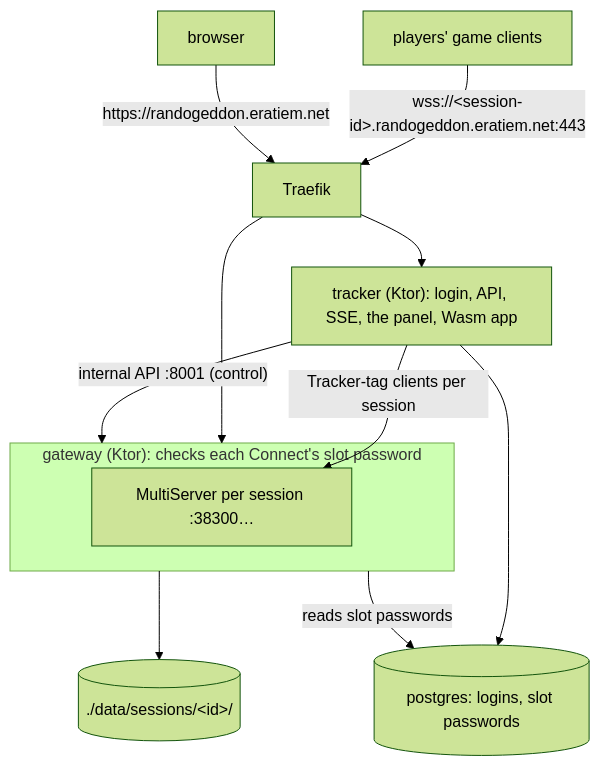
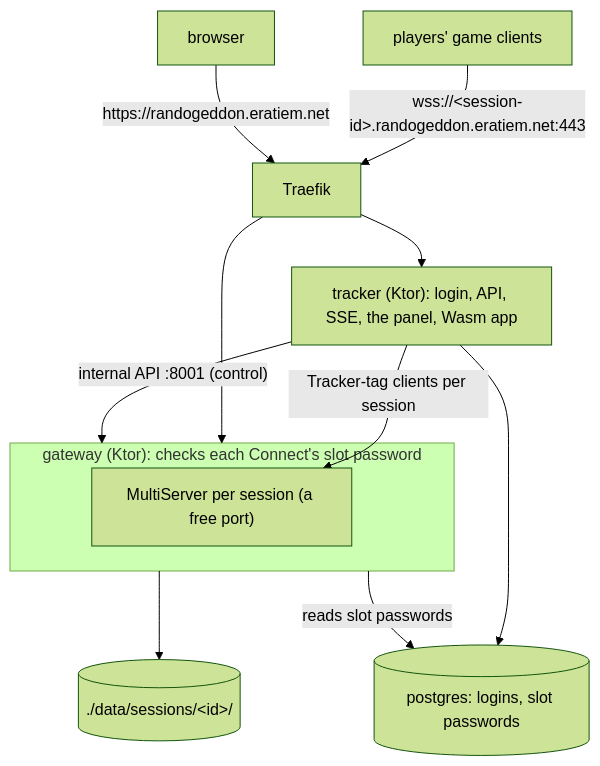
Before and after one commit to EraTiem-Network/Randogeddon: the diagram in README.md, drawn with Mermaid (forest theme). The commit also changed other lines of this file and 2 other files, not shown here.

Commit message:
docs | 0.18.9: game servers without a port pool, their limit, no crash loop, longer generations

````diff
--- a/README.md
+++ b/README.md
@@ -17,16 +17,16 @@
 ```mermaid
 flowchart TB
   clients["players' game clients"] -- "wss://#lt;session-id#gt;.randogeddon.eratiem.net:443" --> traefik
   browser -- "https://randogeddon.eratiem.net" --> traefik
   traefik[Traefik] --> gateway
   traefik --> tracker
   subgraph gateway ["gateway (Ktor): checks each Connect's slot password"]
-    multiserver["MultiServer per session :38300…"]
+    multiserver["MultiServer per session (a free port)"]
   end
   tracker["tracker (Ktor): login, API, SSE, the panel, Wasm app"]
   tracker -- "internal API :8001 (control)" --> gateway
   tracker -- "Tracker-tag clients per session" --> multiserver
   gateway --> sessions[("./data/sessions/#lt;id#gt;/")]
   gateway -- "reads slot passwords" --> postgres[("postgres: logins, slot passwords")]
   tracker --> postgres
 ```
````
